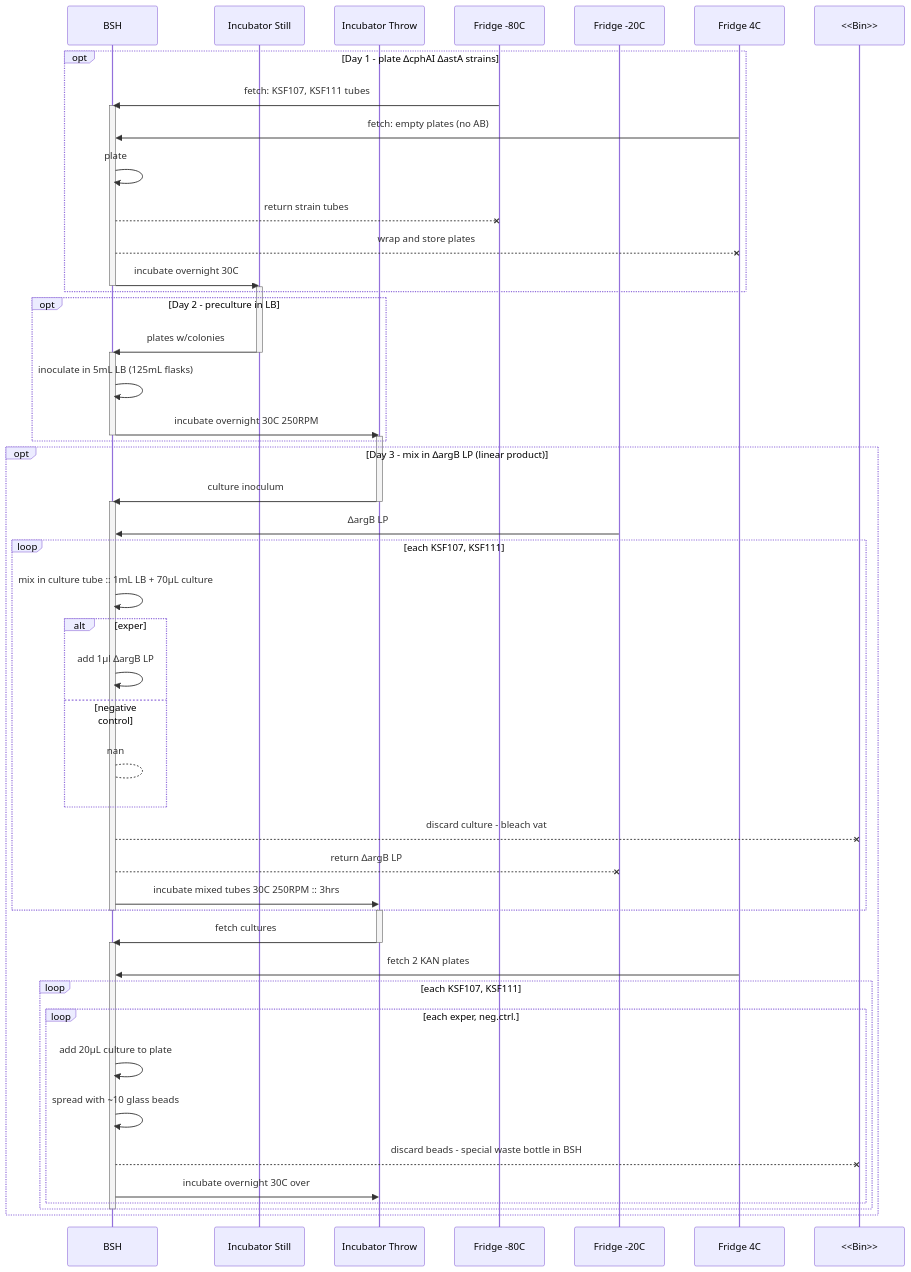
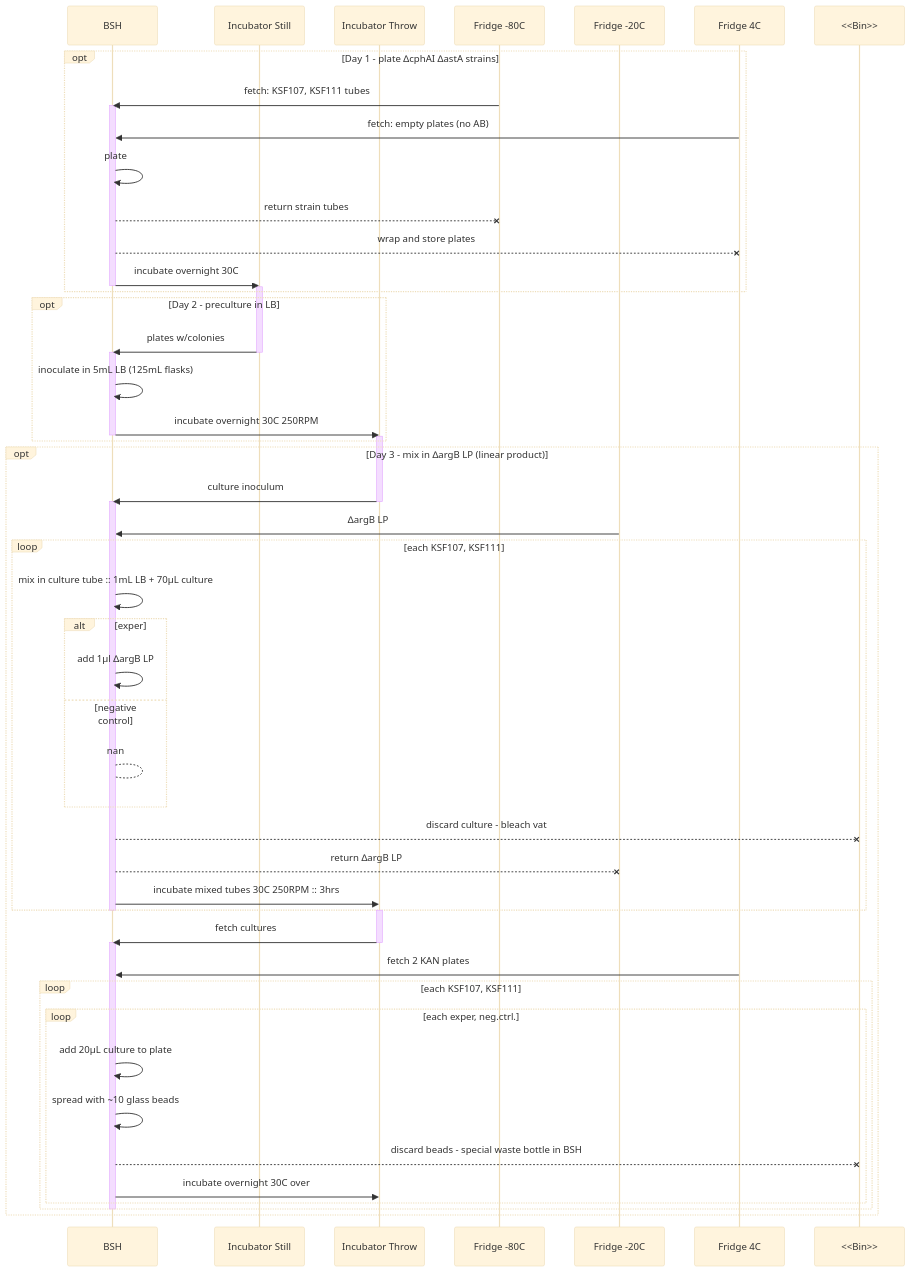
Before and after one commit to p7k/nu_tyo_lab_analysis: the diagram in diagrams/procedures/∆argB∆astA.mmd, drawn with Mermaid. The commit also changed 26 other files, not shown here.

```diff
--- a/diagrams/procedures/∆argB∆astA.mmd
+++ b/diagrams/procedures/∆argB∆astA.mmd
@@ -1,76 +1,74 @@
 %%{
   init: {
-    //    'theme': 'base',
-    'themeVariables': {
-      'fontFamily': 'menlo'
-    }
+    'theme': 'base'
   }
 }%%
+
 %%   Character 'flask' found at U+F0C3
 %% 󰙨  Character 'test-tube' found at U+F0668
 %% 󰊎  Character 'bowl' found at U+F028E
 %% 󰊩  Character 'bowl-outline' found at U+F02A9
 %% 󰋤  Character 'bowl-mix-outline' found at U+F02E4
 %% 󰘗  Character 'bowl-mix' found at U+F0617
 
 sequenceDiagram
     participant bsh as BSH
     participant incs as Incubator Still
     participant inct as Incubator Throw
     participant fr80 as Fridge -80C
     participant fr20 as Fridge -20C
     participant fr4 as Fridge 4C
     participant bin as <<Bin>>
 
     opt Day 1 - plate ∆cphAI ∆astA strains
         fr80 ->> bsh: fetch: KSF107, KSF111 tubes
         activate bsh
         fr4 ->> bsh: fetch: empty plates (no AB)
         bsh ->> bsh: plate
         bsh --x fr80: return strain tubes
         bsh --x fr4: wrap and store plates
         bsh ->> incs: incubate overnight 30C
         deactivate bsh
         activate incs
     end
     opt Day 2 - preculture in LB
         incs ->> bsh: plates w/colonies
         deactivate incs
         activate bsh
         bsh ->> bsh: inoculate in 5mL LB (125mL flasks)
         bsh ->> inct: incubate overnight 30C 250RPM
         deactivate bsh
         activate inct
     end
     opt Day 3 - mix in ∆argB LP (linear product)
         inct ->> bsh: culture inoculum
         deactivate inct
         activate bsh
         fr20 ->> bsh: ∆argB LP
         loop each KSF107, KSF111
             bsh ->> bsh: mix in culture tube :: 1mL LB + 70µL culture
             alt exper
                 bsh ->> bsh: add 1µl ∆argB LP
             else negative control
                 bsh --> bsh: nan
             end
             bsh --x bin: discard culture - bleach vat
             bsh --x fr20: return ∆argB LP
             bsh ->> inct: incubate mixed tubes 30C 250RPM :: 3hrs
         end
         deactivate bsh
         activate inct
         inct ->> bsh: fetch cultures
         deactivate inct
         activate bsh
         fr4 ->> bsh: fetch 2 KAN plates
         loop each KSF107, KSF111
             loop each exper, neg.ctrl.
                 bsh ->> bsh: add 20µL culture to plate
                 bsh ->> bsh: spread with ~10 glass beads
                 bsh --x bin: discard beads - special waste bottle in BSH
                 bsh ->> inct: incubate overnight 30C over
             end
         end
         deactivate bsh
     end
```
